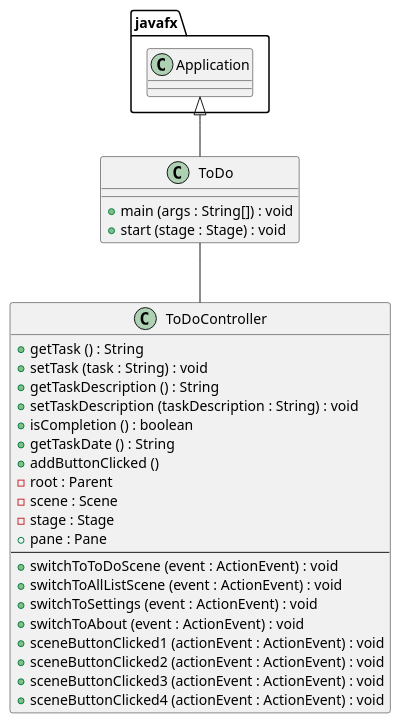
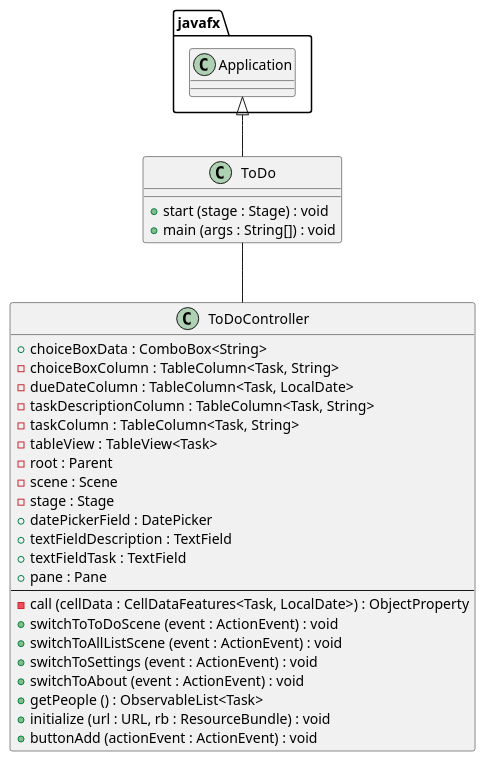
Before and after one commit to polvnco/polanco-cop3330-assignment4part2: the diagram in uml/ClassDiagram_ToDo.puml, drawn with PlantUML. The commit also changed 6 other files, not shown here.

```diff
--- a/uml/ClassDiagram_ToDo.puml
+++ b/uml/ClassDiagram_ToDo.puml
@@ -1,35 +1,37 @@
 @startuml
 'https://plantuml.com/class-diagram
 
 class ToDo{
+    + start (stage : Stage) : void
     + main (args : String[]) : void
-    + start (stage : Stage) : void
 }
 
 class ToDoController{
-    + getTask () : String
-    + setTask (task : String) : void
-    + getTaskDescription () : String
-    + setTaskDescription (taskDescription : String) : void
-    + isCompletion () : boolean
-    + getTaskDate () : String
-    + addButtonClicked ()
+    + choiceBoxData : ComboBox<String>
+    - choiceBoxColumn : TableColumn<Task, String>
+    - dueDateColumn : TableColumn<Task, LocalDate>
+    - taskDescriptionColumn : TableColumn<Task, String>
+    - taskColumn : TableColumn<Task, String>
+    - tableView : TableView<Task>
     - root : Parent
     - scene : Scene
     - stage : Stage
+    + datePickerField : DatePicker
+    + textFieldDescription : TextField
+    + textFieldTask : TextField
     + pane : Pane
     --
+    - call (cellData : CellDataFeatures<Task, LocalDate>) : ObjectProperty
     + switchToToDoScene (event : ActionEvent) : void
     + switchToAllListScene (event : ActionEvent) : void
     + switchToSettings (event : ActionEvent) : void
     + switchToAbout (event : ActionEvent) : void
-    + sceneButtonClicked1 (actionEvent : ActionEvent) : void
-    + sceneButtonClicked2 (actionEvent : ActionEvent) : void
-    + sceneButtonClicked3 (actionEvent : ActionEvent) : void
-    + sceneButtonClicked4 (actionEvent : ActionEvent) : void
+    + getPeople () : ObservableList<Task>
+    + initialize (url : URL, rb : ResourceBundle) : void
+    + buttonAdd (actionEvent : ActionEvent) : void
 }
 
 javafx.Application <|-- ToDo
 
 ToDo -- ToDoController
 @enduml
```
